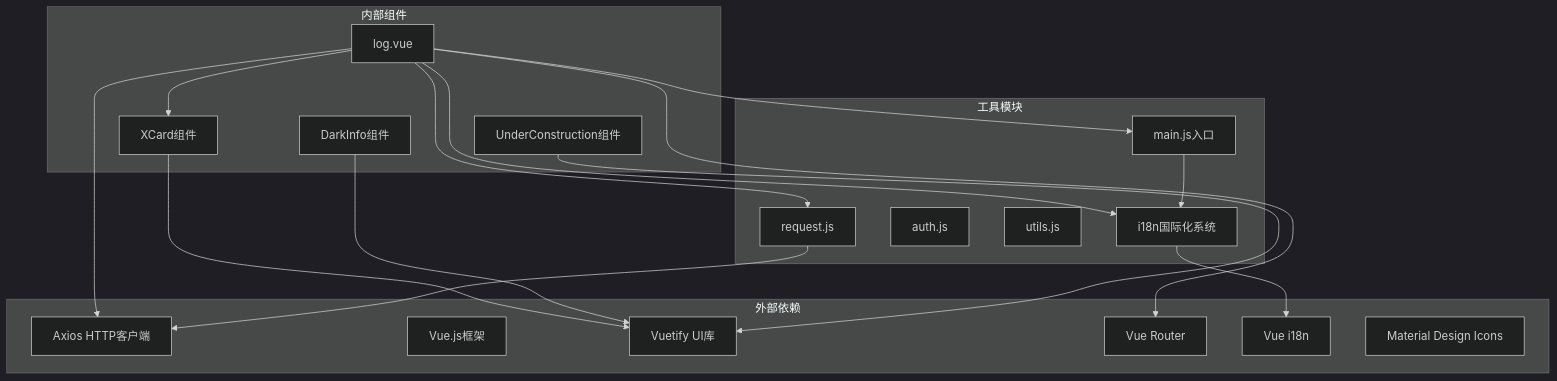
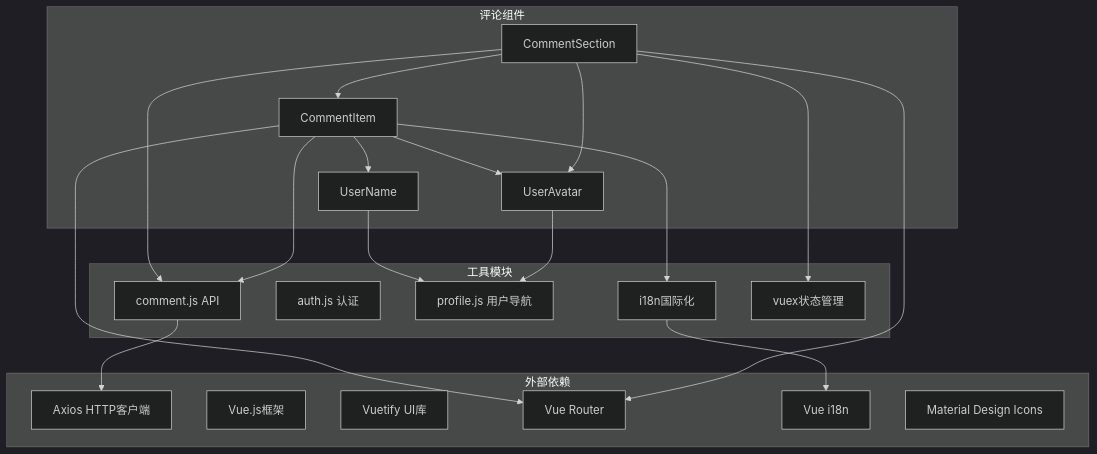
The fourth of 5 diagrams in .qoder/repowiki/zh/content/前端应用/组件架构/业务组件/前端评论组件.md (TinyMaD/SpeedRunnersLab), drawn with Mermaid (dark theme) before and after one commit. The commit also changed other lines of this file and 9 other files, not shown here.

````diff
--- a/.qoder/repowiki/zh/content/前端应用/组件架构/业务组件/前端评论组件.md
+++ b/.qoder/repowiki/zh/content/前端应用/组件架构/业务组件/前端评论组件.md
@@ -321,36 +291,38 @@
 ```mermaid
 graph TB
 subgraph "外部依赖"
 A[Axios HTTP客户端]
 B[Vue.js框架]
 C[Vuetify UI库]
 D[Vue Router]
 E[Vue i18n]
 F[Material Design Icons]
 end
-subgraph "内部组件"
-G[log.vue]
-H[XCard组件]
-I[DarkInfo组件]
-J[UnderConstruction组件]
+subgraph "评论组件"
+G[CommentSection]
+H[CommentItem]
+I[UserAvatar]
+J[UserName]
 end
 subgraph "工具模块"
-K[request.js]
-L[auth.js]
-M[utils.js]
-N[i18n国际化系统]
-O[main.js入口]
+K[comment.js API]
+L[auth.js 认证]
+M[profile.js 用户导航]
+N[i18n国际化]
+O[vuex状态管理]
 end
 G --> H
-G --> A
-G --> N
-H --> C
-I --> C
-J --> C
+G --> I
+H --> I
+H --> J
+H --> K
 G --> K
 K --> A
+G --> O
+H --> N
+I --> M
+J --> M
 G --> D
-G --> O
-O --> N
+H --> D
 N --> E
 ```
````
